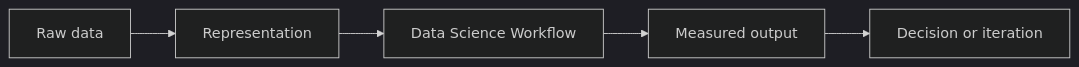
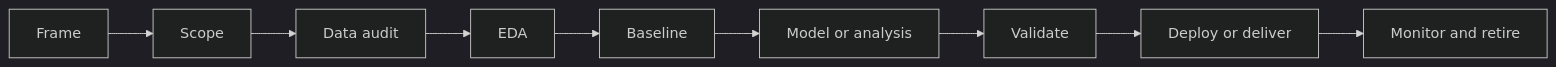
The diagram in data-science/01-data-science-workflow.md (Icon1cc/Machine-Learning), drawn with Mermaid (dark theme) before and after one commit. The commit also changed other lines of this file and 264 other files, not shown here.

````diff
--- a/data-science/01-data-science-workflow.md
+++ b/data-science/01-data-science-workflow.md
@@ -92,7 +132,11 @@
 ```mermaid
 flowchart LR
-    A[Raw data] --> B[Representation]
-    B --> C[Data Science Workflow]
-    C --> D[Measured output]
-    D --> E[Decision or iteration]
+    A[Frame] --> B[Scope]
+    B --> C[Data audit]
+    C --> D[EDA]
+    D --> E[Baseline]
+    E --> F[Model or analysis]
+    F --> G[Validate]
+    G --> H[Deploy or deliver]
+    H --> I[Monitor and retire]
 ```
````
